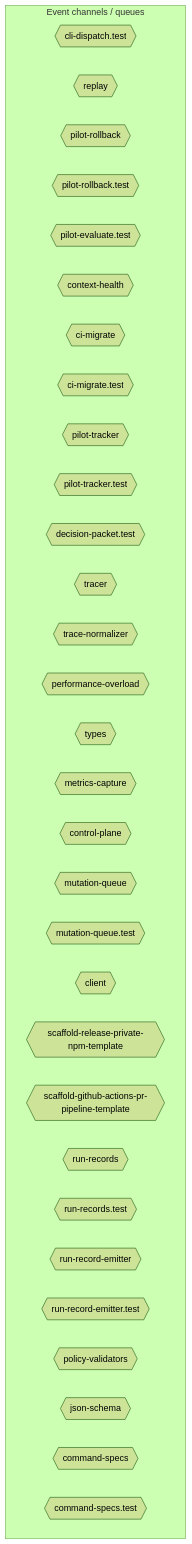
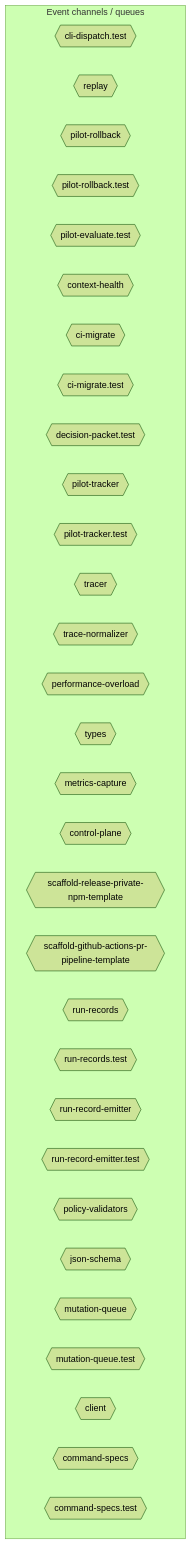
The sixth of 10 diagrams in AI/context/diagram-context.md (jscraik/coding-harness), drawn with Mermaid (forest theme) before and after one commit. The commit also changed other lines of this file and 4 other files, not shown here.

````diff
--- a/AI/context/diagram-context.md
+++ b/AI/context/diagram-context.md
@@ -2074,37 +2074,37 @@
 ```mermaid
 flowchart TD
   subgraph Channels["Event channels / queues"]
     cli_dispatch_test_54c9f17b{{"cli-dispatch.test"}}
     replay_ac203c98{{"replay"}}
     pilot_rollback_00c1f82c{{"pilot-rollback"}}
     pilot_rollback_test_e61d5a2b{{"pilot-rollback.test"}}
     pilot_evaluate_test_a2ac06fc{{"pilot-evaluate.test"}}
     context_health_80bb7da9{{"context-health"}}
     ci_migrate_78bb70b1{{"ci-migrate"}}
     ci_migrate_test_2a015bb9{{"ci-migrate.test"}}
+    decision_packet_test_9ea0e97b{{"decision-packet.test"}}
     pilot_tracker_5c767813{{"pilot-tracker"}}
     pilot_tracker_test_80398a66{{"pilot-tracker.test"}}
-    decision_packet_test_9ea0e97b{{"decision-packet.test"}}
     tracer_1e6243a2{{"tracer"}}
     trace_normalizer_cb1be1d2{{"trace-normalizer"}}
     performance_overload_c685bfcf{{"performance-overload"}}
-    types_10_75e5a4a0{{"types"}}
+    types_11_4be3ee64{{"types"}}
     metrics_capture_1d1a2c08{{"metrics-capture"}}
     control_plane_96826665{{"control-plane"}}
-    mutation_queue_ce5a530e{{"mutation-queue"}}
-    mutation_queue_test_10b599e8{{"mutation-queue.test"}}
-    client_1_914e1681{{"client"}}
     scaffold_release_private_npm_template_075499f8{{"scaffold-release-private-npm-template"}}
     scaffold_github_actions_pr_pipeline_template_e2b85f62{{"scaffold-github-actions-pr-pipeline-template"}}
     run_records_f616aa7c{{"run-records"}}
     run_records_test_3ee6a0e3{{"run-records.test"}}
     run_record_emitter_00168a3a{{"run-record-emitter"}}
     run_record_emitter_test_5475c0da{{"run-record-emitter.test"}}
     policy_validators_6682e192{{"policy-validators"}}
     json_schema_74a768d7{{"json-schema"}}
+    mutation_queue_ce5a530e{{"mutation-queue"}}
+    mutation_queue_test_10b599e8{{"mutation-queue.test"}}
+    client_1_914e1681{{"client"}}
     command_specs_69167c63{{"command-specs"}}
     command_specs_test_7f693e85{{"command-specs.test"}}
   end
   classDef eventNode fill:#db2777,color:#fff
 
 ```
````
